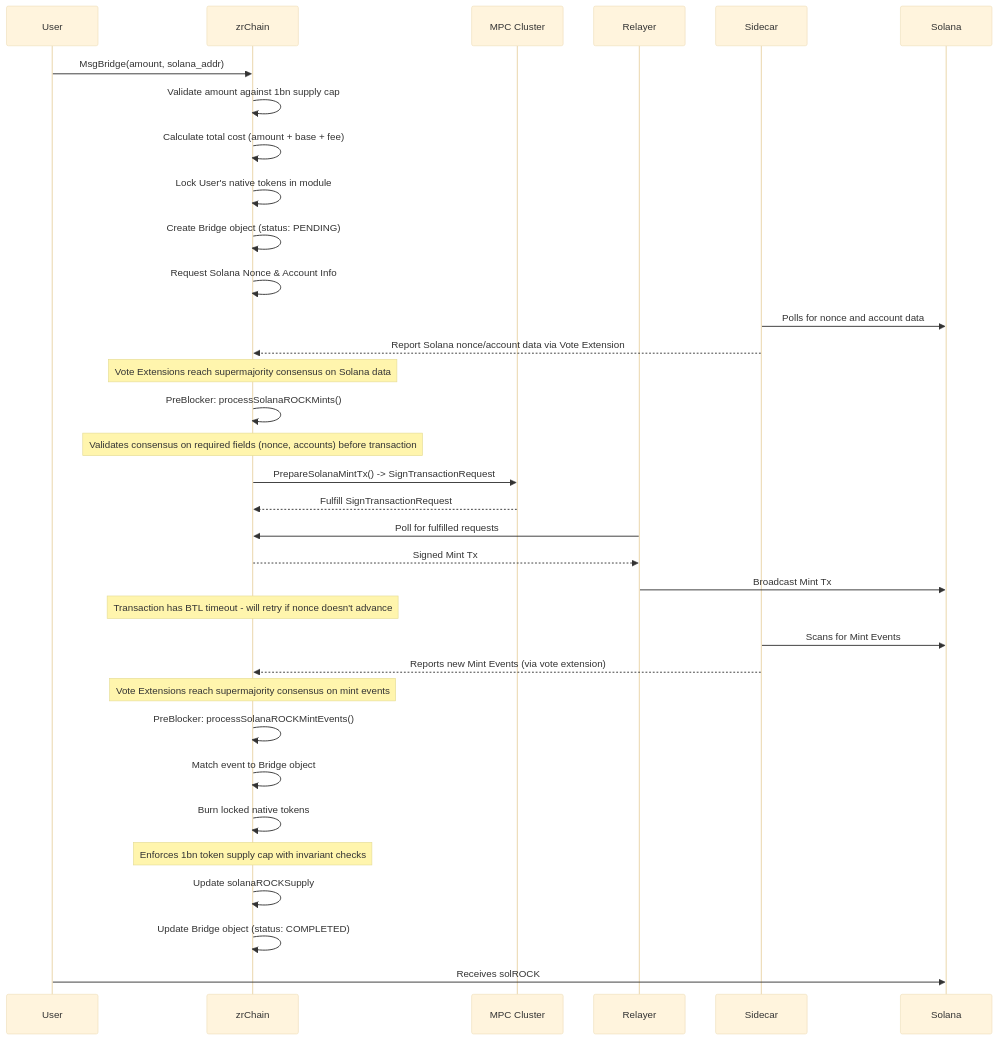
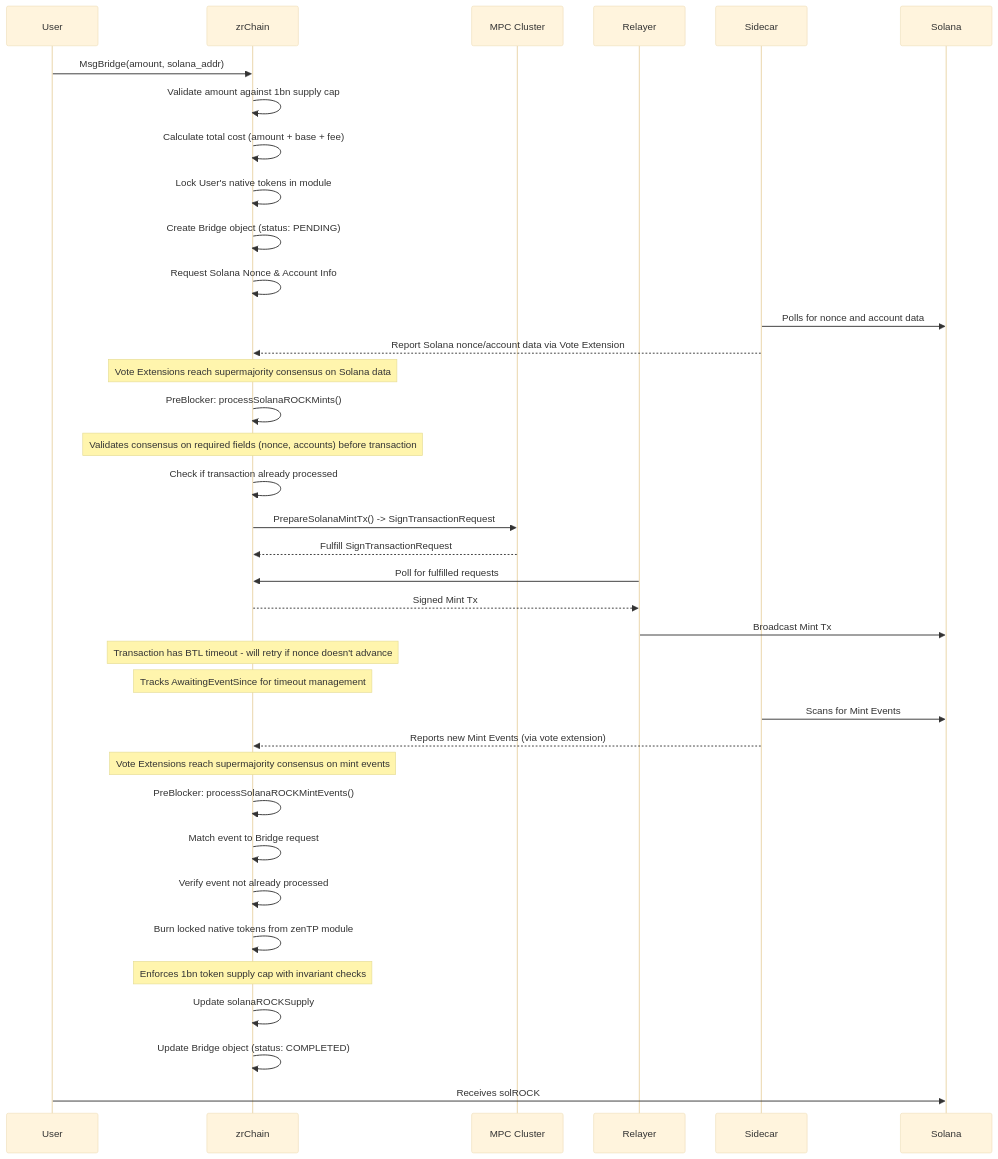
One commit to zenrocklabs/zrchain changed the third of 4 diagrams in docs/README.md. Above: the diagram before and after it, drawn with Mermaid (base theme). The commit also changed other lines of this file, not shown here.

First line of the commit message:
docs: improve sequence diagrams (#327)

````diff
--- a/docs/README.md
+++ b/docs/README.md
@@ -240,39 +250,42 @@
 ```mermaid
 sequenceDiagram
     participant User
     participant zrChain
     participant MPC Cluster
     participant Relayer
     participant Sidecar
     participant Solana
 
     User->>zrChain: MsgBridge(amount, solana_addr)
     zrChain->>zrChain: Validate amount against 1bn supply cap
     zrChain->>zrChain: Calculate total cost (amount + base + fee)
     zrChain->>zrChain: Lock User's native tokens in module
     zrChain->>zrChain: Create Bridge object (status: PENDING)
     zrChain->>zrChain: Request Solana Nonce & Account Info
 
     Sidecar->>Solana: Polls for nonce and account data
     Sidecar-->>zrChain: Report Solana nonce/account data via Vote Extension
     Note over zrChain: Vote Extensions reach supermajority consensus on Solana data
     zrChain->>zrChain: PreBlocker: processSolanaROCKMints()
     Note over zrChain: Validates consensus on required fields (nonce, accounts) before transaction
+    zrChain->>zrChain: Check if transaction already processed
     zrChain->>MPC Cluster: PrepareSolanaMintTx() -> SignTransactionRequest
     MPC Cluster-->>zrChain: Fulfill SignTransactionRequest
     Relayer->>zrChain: Poll for fulfilled requests
     zrChain-->>Relayer: Signed Mint Tx
     Relayer->>Solana: Broadcast Mint Tx
     Note over zrChain: Transaction has BTL timeout - will retry if nonce doesn't advance
+    Note over zrChain: Tracks AwaitingEventSince for timeout management
 
     Sidecar->>Solana: Scans for Mint Events
     Sidecar-->>zrChain: Reports new Mint Events (via vote extension)
     Note over zrChain: Vote Extensions reach supermajority consensus on mint events
     zrChain->>zrChain: PreBlocker: processSolanaROCKMintEvents()
-    zrChain->>zrChain: Match event to Bridge object
-    zrChain->>zrChain: Burn locked native tokens
+    zrChain->>zrChain: Match event to Bridge request
+    zrChain->>zrChain: Verify event not already processed
+    zrChain->>zrChain: Burn locked native tokens from zenTP module
     Note over zrChain: Enforces 1bn token supply cap with invariant checks
     zrChain->>zrChain: Update solanaROCKSupply
     zrChain->>zrChain: Update Bridge object (status: COMPLETED)
     User->>Solana: Receives solROCK
 ```
````
